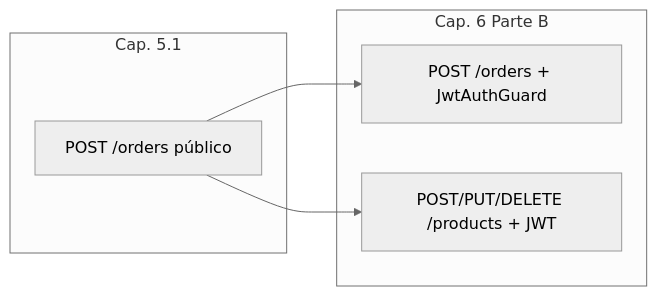
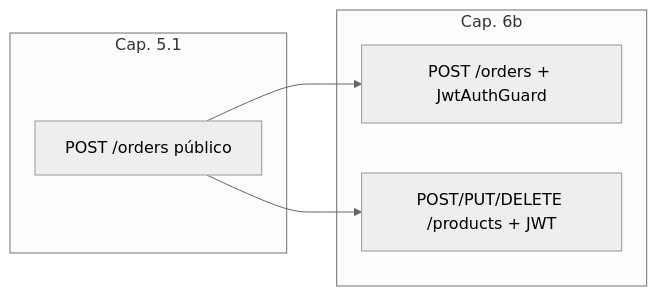
Before and after one commit to josinoif/aulas_ads: the fourth of 4 diagrams in backend/nest/6.autenticacao.md, drawn with Mermaid (neutral theme). The commit also changed other lines of this file and 23 other files, not shown here.

````diff
--- a/backend/nest/6.autenticacao.md
+++ b/backend/nest/6.autenticacao.md
@@ -441,12 +468,12 @@
 ```mermaid
 flowchart LR
     subgraph antes["Cap. 5.1"]
         Pub[POST /orders público]
     end
-    subgraph depois["Cap. 6 Parte B"]
+    subgraph depois["Cap. 6b"]
         Jwt["POST /orders + JwtAuthGuard"]
         Mut["POST/PUT/DELETE /products + JWT"]
     end
     Pub --> Jwt
     Pub --> Mut
 ```
````
